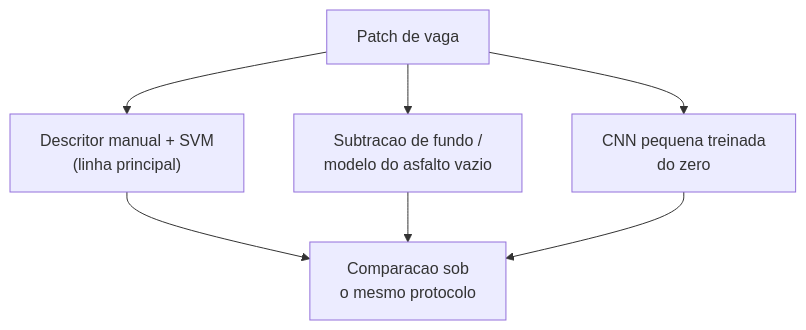
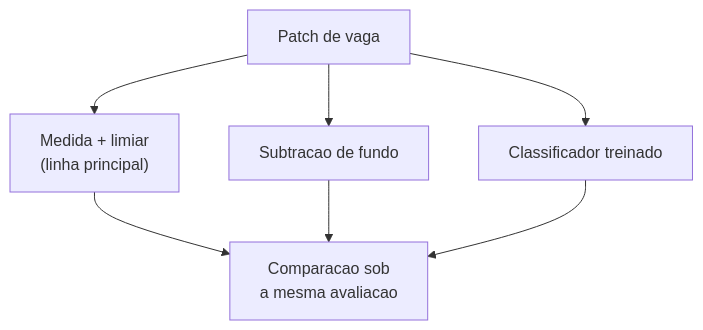
Before and after one commit to ThreeOneOneZero/pdi_parking_lot: the second of 3 diagrams in docs/proposta.md, drawn with Mermaid. The commit also changed other lines of this file and 4 other files, not shown here.

````diff
--- a/docs/proposta.md
+++ b/docs/proposta.md
@@ -244,9 +264,9 @@
 ```mermaid
 flowchart TD
-    A["Patch de vaga"] --> B1["Descritor manual + SVM<br/>(linha principal)"]
-    A --> B2["Subtracao de fundo /<br/>modelo do asfalto vazio"]
-    A --> B3["CNN pequena treinada<br/>do zero"]
-    B1 --> C["Comparacao sob<br/>o mesmo protocolo"]
+    A["Patch de vaga"] --> B1["Medida + limiar<br/>(linha principal)"]
+    A --> B2["Subtracao de fundo"]
+    A --> B3["Classificador treinado"]
+    B1 --> C["Comparacao sob<br/>a mesma avaliacao"]
     B2 --> C
     B3 --> C
 ```
````
